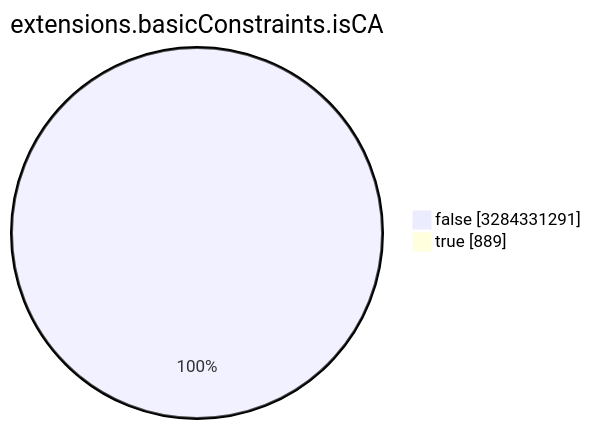
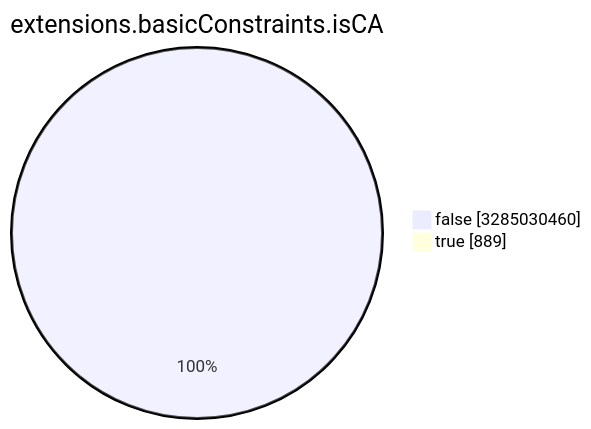
Before and after one commit to christiankrug/ctmonitor_visualization: the seventh of 15 diagrams in TOTAL/README.md, drawn with Mermaid. The commit also changed other lines of this file, not shown here.

````diff
--- a/TOTAL/README.md
+++ b/TOTAL/README.md
@@ -3089,6 +3089,6 @@
 ```mermaid
 pie showData
 title extensions.basicConstraints.isCA
-"false" :3284331291
+"false" :3285030460
 "true" :889
 ```
````
